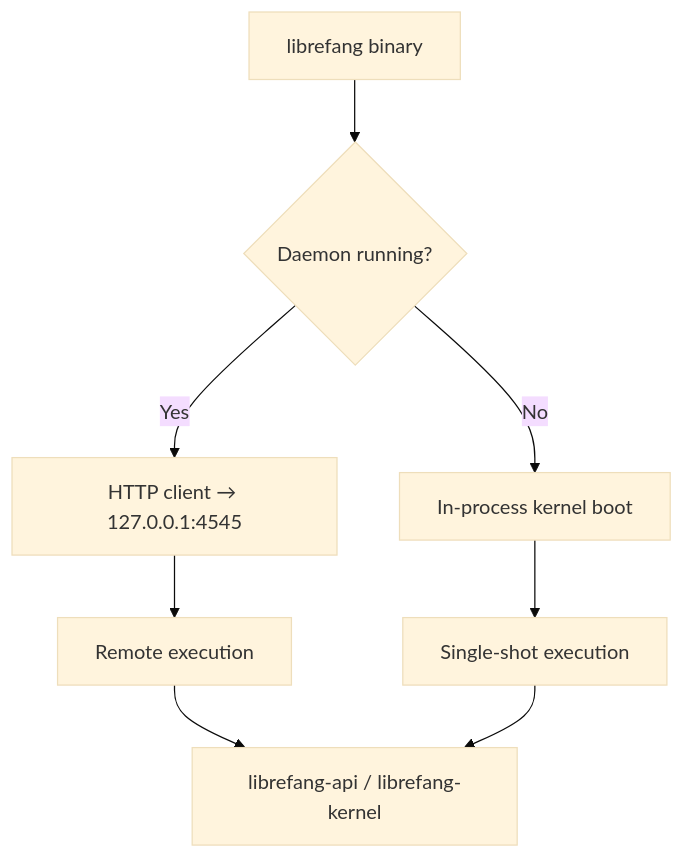
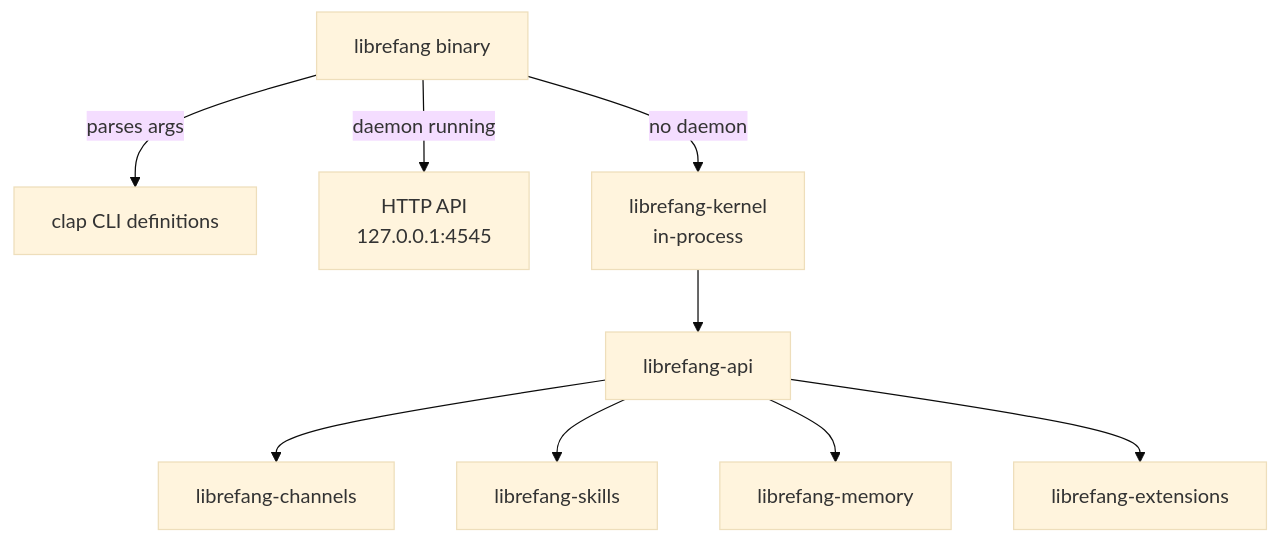
Before and after one commit to leszek3737/librefang-WIki: the diagram in other-librefang-cli.md, drawn with Mermaid (base theme). The commit also changed other lines of this file and 110 other files, not shown here.

````diff
--- a/other-librefang-cli.md
+++ b/other-librefang-cli.md
@@ -14,10 +16,11 @@
 ```mermaid
 graph TD
-    A[librefang binary] --> B{Daemon running?}
-    B -->|Yes| C[HTTP client → 127.0.0.1:4545]
-    B -->|No| D[In-process kernel boot]
-    C --> E[Remote execution]
-    D --> F[Single-shot execution]
-    E --> G[librefang-api / librefang-kernel]
-    F --> G
+    CLI[librefang binary] -->|parses args| CLAP[clap CLI definitions]
+    CLI -->|daemon running| HTTP[HTTP API<br/>127.0.0.1:4545]
+    CLI -->|no daemon| KERNEL[librefang-kernel<br/>in-process]
+    KERNEL --> API[librefang-api]
+    API --> CHANNELS[librefang-channels]
+    API --> SKILLS[librefang-skills]
+    API --> MEMORY[librefang-memory]
+    API --> EXT[librefang-extensions]
 ```
````
